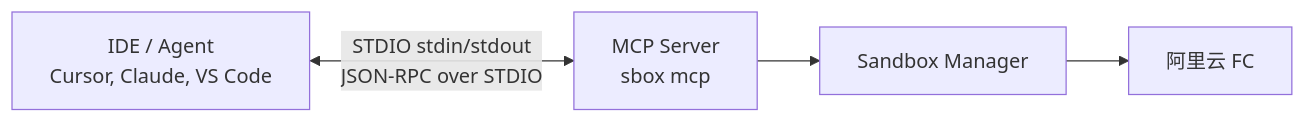
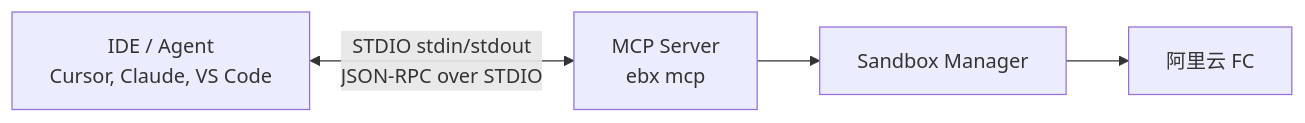
Before and after one commit to Easy-Sandbox/easy-sandbox: the third of 5 diagrams in docs/design/mcp-server.md, drawn with Mermaid. The commit also changed other lines of this file and 452 other files, not shown here.

````diff
--- a/docs/design/mcp-server.md
+++ b/docs/design/mcp-server.md
@@ -262,6 +262,6 @@
 ```mermaid
 graph LR
-    IDE["IDE / Agent<br/>Cursor, Claude, VS Code"] <-->|"STDIO stdin/stdout<br/>JSON-RPC over STDIO"| MCP["MCP Server<br/>sbox mcp"]
+    IDE["IDE / Agent<br/>Cursor, Claude, VS Code"] <-->|"STDIO stdin/stdout<br/>JSON-RPC over STDIO"| MCP["MCP Server<br/>ebx mcp"]
     MCP --> SM[Sandbox Manager]
     SM --> FC[阿里云 FC]
 ```
````
